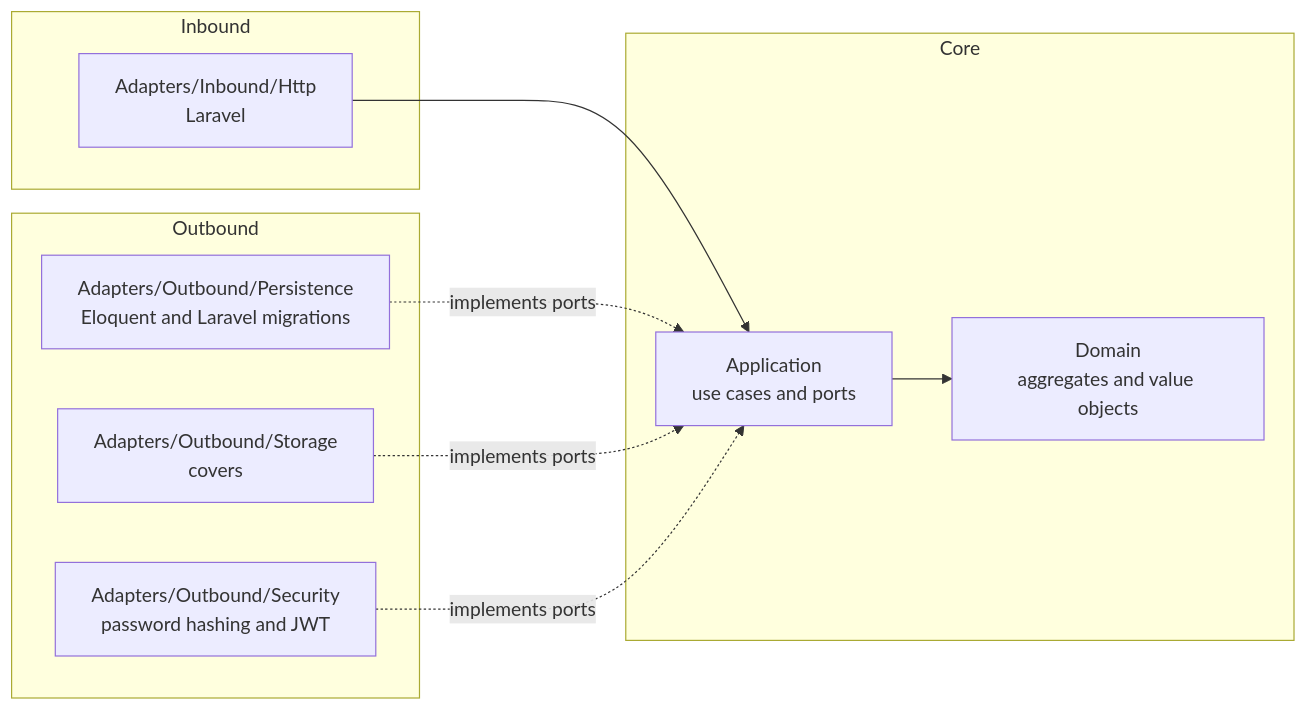
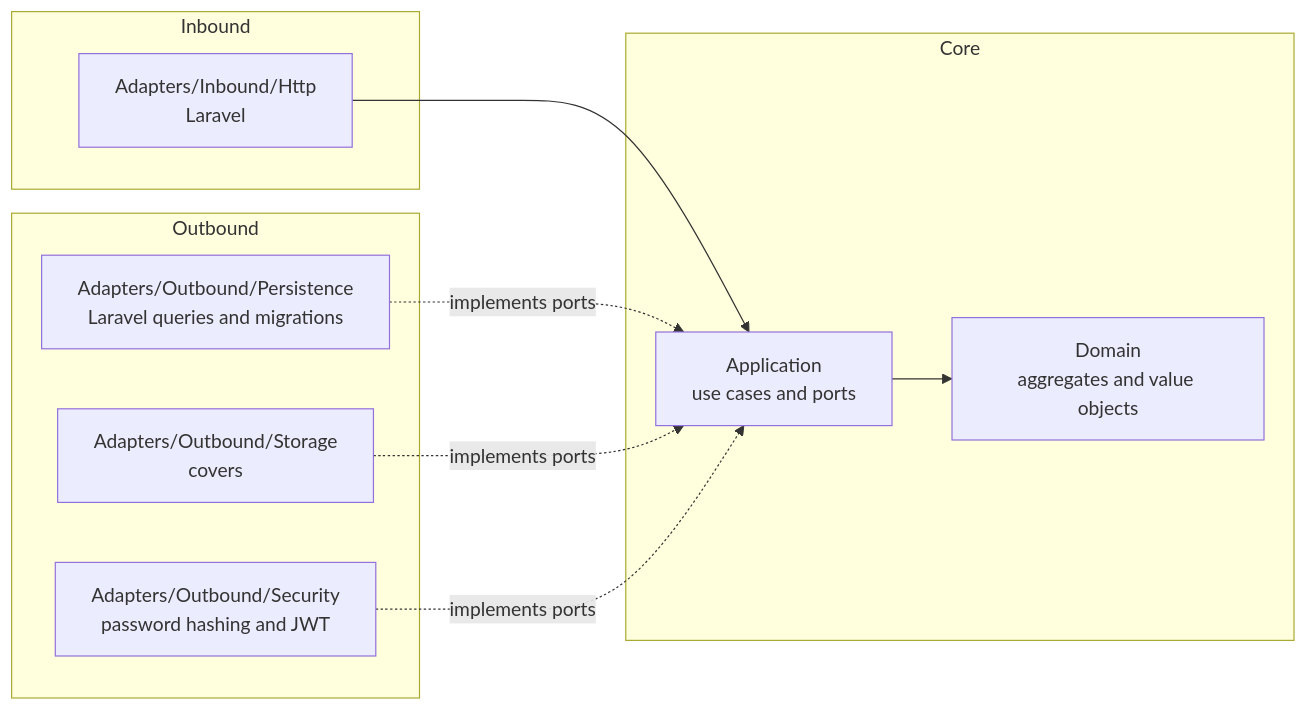
One commit to Nicolasruiz918/test-manager-library-3145555-docs changed the first of 2 diagrams in spec-react-laravel/architecture.md. Above: the diagram before and after it, drawn with Mermaid. The commit also changed other lines of this file and 11 other files, not shown here.

````diff
--- a/spec-react-laravel/architecture.md
+++ b/spec-react-laravel/architecture.md
@@ -9,19 +9,19 @@
 ```mermaid
 flowchart LR
     subgraph Inbound
       HTTP["Adapters/Inbound/Http<br/>Laravel"]
     end
     subgraph Core
       APP["Application<br/>use cases and ports"]
       DOM["Domain<br/>aggregates and value objects"]
     end
     subgraph Outbound
-      DB["Adapters/Outbound/Persistence<br/>Eloquent and Laravel migrations"]
+      DB["Adapters/Outbound/Persistence<br/>Laravel queries and migrations"]
       STO["Adapters/Outbound/Storage<br/>covers"]
       SEC["Adapters/Outbound/Security<br/>password hashing and JWT"]
     end
     HTTP --> APP --> DOM
     DB -. implements ports .-> APP
     STO -. implements ports .-> APP
     SEC -. implements ports .-> APP
 ```
````
